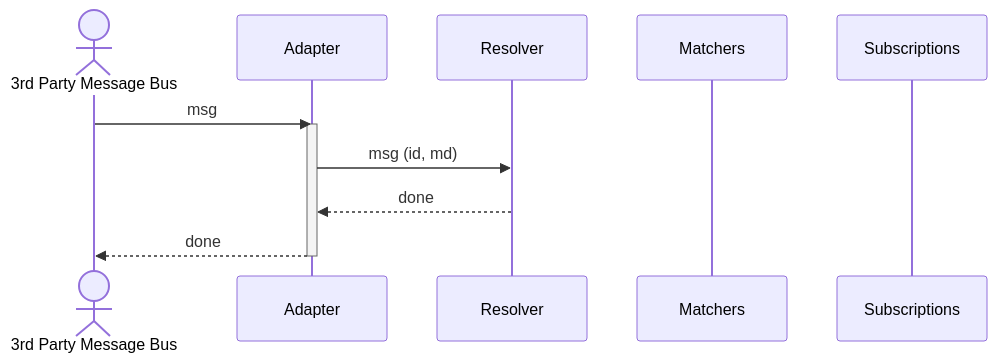
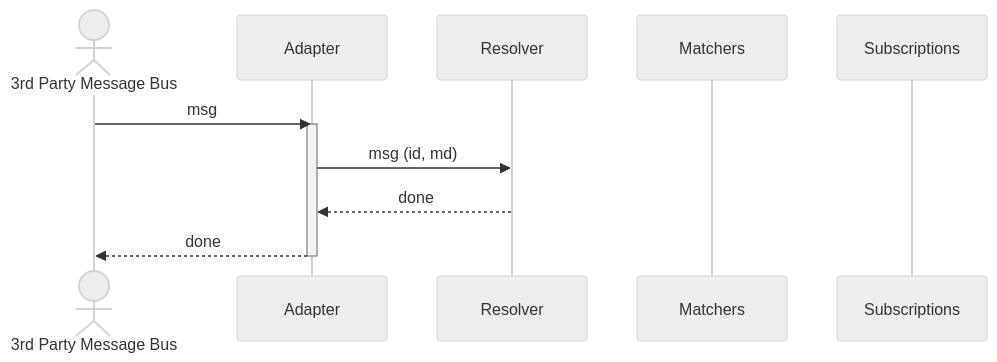
The diagram in profile/README.md (awakari/.github), drawn with Mermaid before and after one commit.

````diff
--- a/profile/README.md
+++ b/profile/README.md
@@ -13,14 +13,15 @@
 ```mermaid
+%%{init: {'theme': 'neutral' } }%%
 sequenceDiagram
     actor 3rd Party Message Bus
     participant Adapter
     participant Resolver
     participant Matchers
     participant Subscriptions
     3rd Party Message Bus->>Adapter: msg
     activate Adapter
     Adapter->>Resolver: msg (id, md) 
     Resolver-->>Adapter: done
     Adapter-->>3rd Party Message Bus: done
     deactivate Adapter
 ```
````
